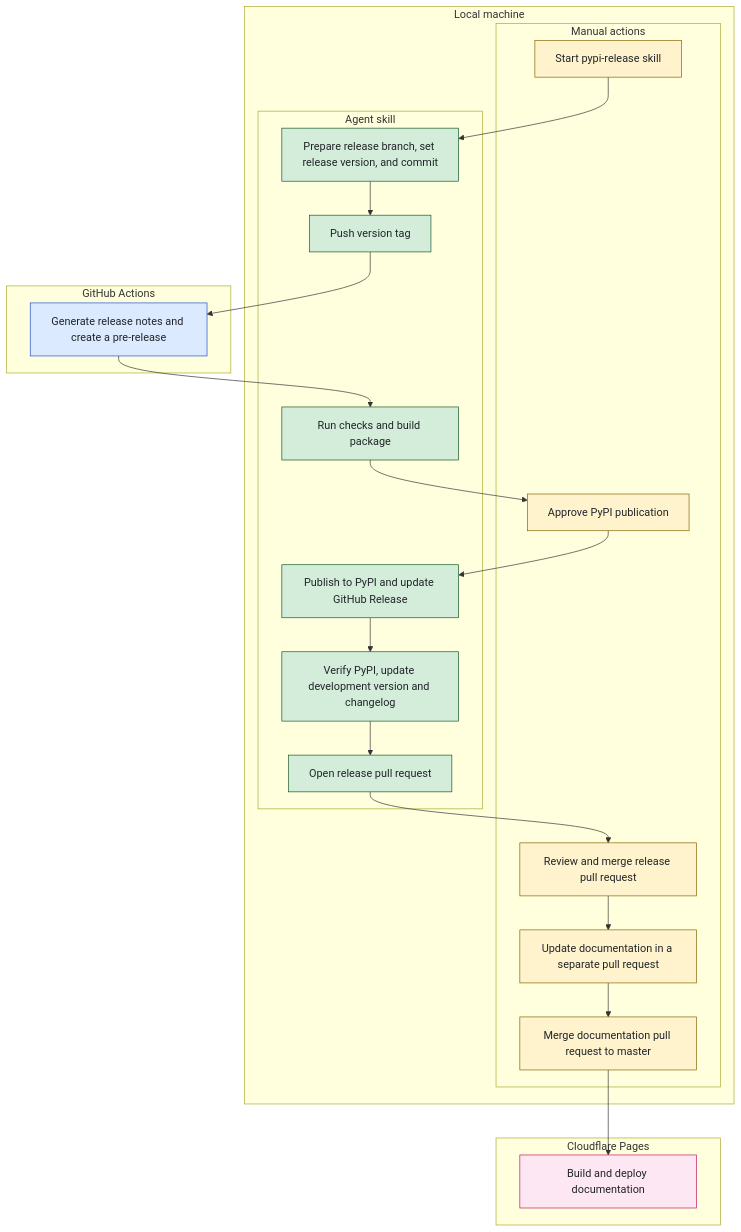
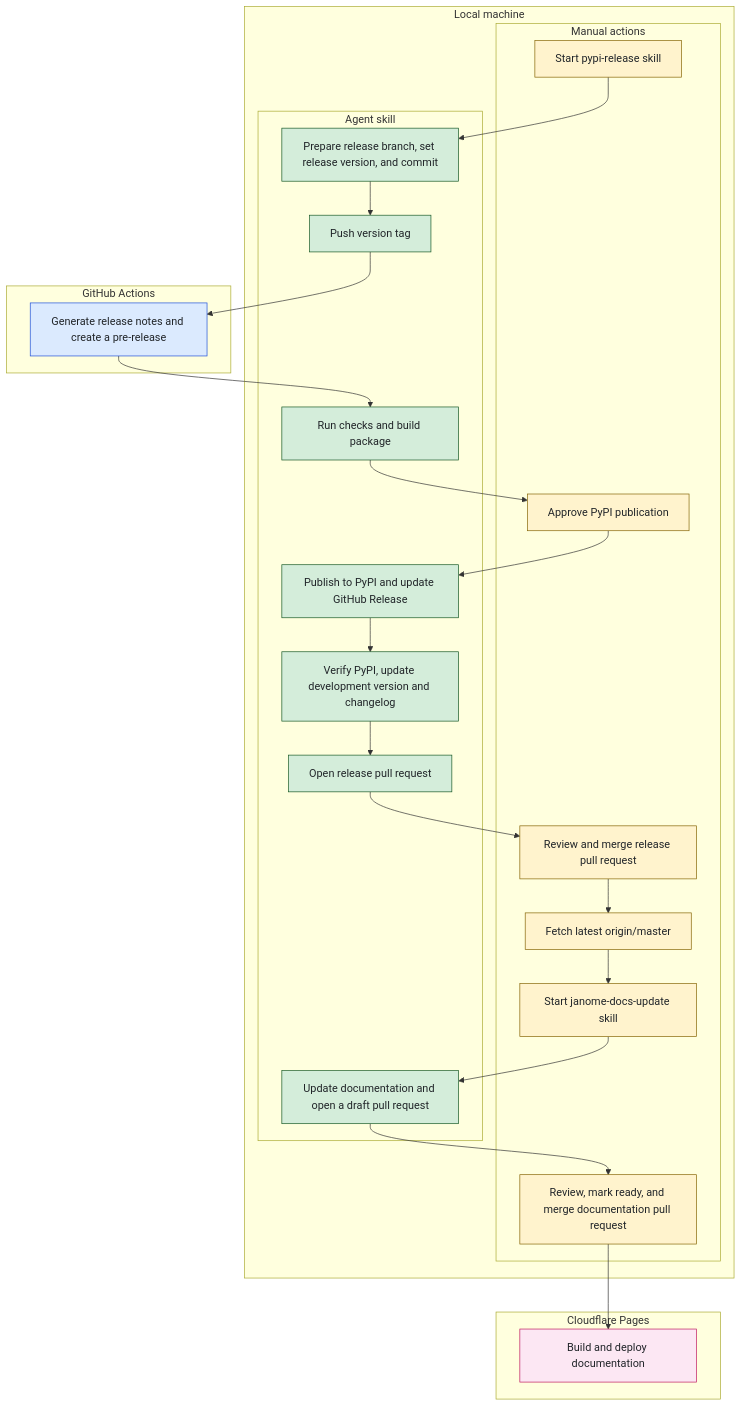
Before and after one commit to mocobeta/janome: the diagram in release-memo.md, drawn with Mermaid. The commit also changed other lines of this file and 1 other file, not shown here.

Commit message:
Add release documentation update skill

````diff
--- a/release-memo.md
+++ b/release-memo.md
@@ -19,40 +25,42 @@
 ```mermaid
 flowchart TD
     subgraph LocalMachine[Local machine]
         subgraph Manual[Manual actions]
             A[Start pypi-release skill]
             F[Approve PyPI publication]
             J[Review and merge release pull request]
-            K[Update documentation in a separate pull request]
-            L[Merge documentation pull request to master]
+            K[Fetch latest origin/master]
+            L[Start janome-docs-update skill]
+            N[Review, mark ready, and merge documentation pull request]
         end
 
         subgraph AgentSkill[Agent skill]
             B[Prepare release branch, set release version, and commit]
             C[Push version tag]
             D[Run checks and build package]
             G[Publish to PyPI and update GitHub Release]
             H[Verify PyPI, update development version and changelog]
             I[Open release pull request]
+            M[Update documentation and open a draft pull request]
         end
     end
 
     subgraph GitHubActions[GitHub Actions]
         E[Generate release notes and create a pre-release]
     end
 
     subgraph Cloudflare[Cloudflare Pages]
-        M[Build and deploy documentation]
+        O[Build and deploy documentation]
     end
 
-    A --> B --> C --> E --> D --> F --> G --> H --> I --> J --> K --> L --> M
+    A --> B --> C --> E --> D --> F --> G --> H --> I --> J --> K --> L --> M --> N --> O
 
     classDef manual fill:#fff3cd,stroke:#856404,color:#212529
     classDef skill fill:#d4edda,stroke:#155724,color:#212529
     classDef github fill:#dbeafe,stroke:#1d4ed8,color:#212529
     classDef cloudflare fill:#fce7f3,stroke:#be185d,color:#212529
-    class A,F,J,K,L manual
-    class B,C,D,G,H,I skill
+    class A,F,J,K,L,N manual
+    class B,C,D,G,H,I,M skill
     class E github
-    class M cloudflare
+    class O cloudflare
 ```
````
